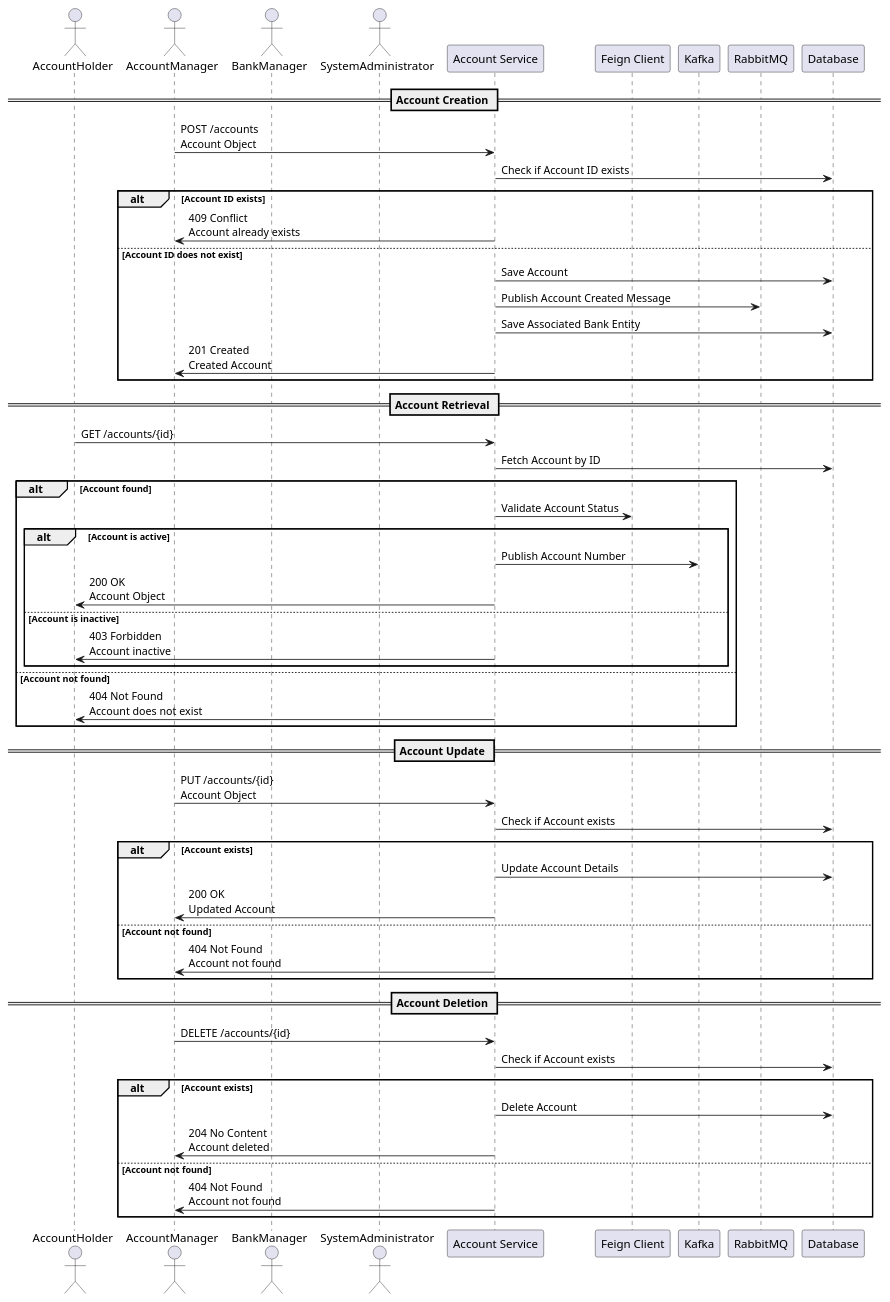
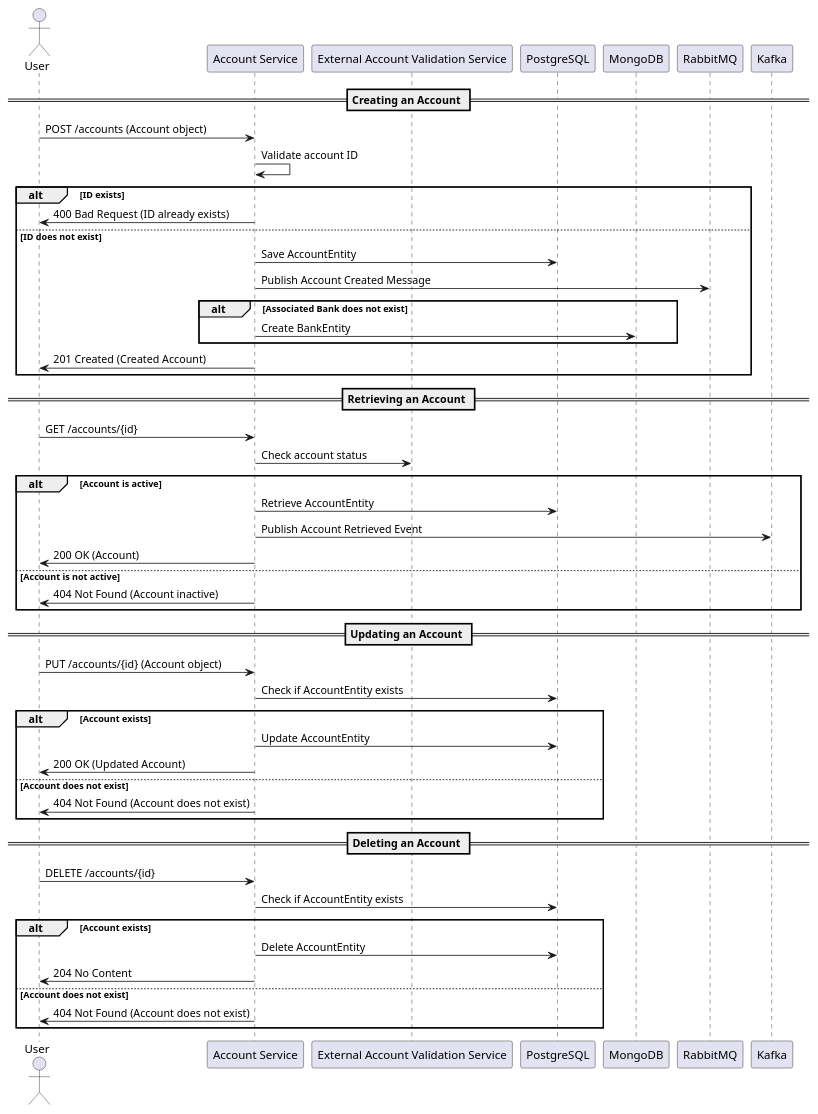
One commit to Bhaskar-Pavan/AccountService changed the diagram in design_document/AccountService.md. Above: the diagram before and after it, drawn with PlantUML. The commit also changed other lines of this file, not shown here.

````diff
--- a/design_document/AccountService.md
+++ b/design_document/AccountService.md
@@ -37,61 +46,57 @@
 ```plantuml
 @startuml
-actor AccountHolder
-actor AccountManager
-actor BankManager
-actor SystemAdministrator
+actor User
 participant "Account Service" as AccountService
-participant "Feign Client" as FeignClient
+participant "External Account Validation Service" as ValidationService
+participant "PostgreSQL" as PostgreSQL
+participant "MongoDB" as MongoDB
+participant "RabbitMQ" as RabbitMQ
 participant "Kafka" as Kafka
-participant "RabbitMQ" as RabbitMQ
-participant "Database" as Database
 
-== Account Creation ==
-AccountManager -> AccountService: POST /accounts\nAccount Object
-AccountService -> Database: Check if Account ID exists
-alt Account ID exists
-    AccountService -> AccountManager: 409 Conflict\nAccount already exists
-else Account ID does not exist
-    AccountService -> Database: Save Account
+== Creating an Account ==
+User -> AccountService: POST /accounts (Account object)
+AccountService -> AccountService: Validate account ID
+alt ID exists
+    AccountService -> User: 400 Bad Request (ID already exists)
+else ID does not exist
+    AccountService -> PostgreSQL: Save AccountEntity
     AccountService -> RabbitMQ: Publish Account Created Message
-    AccountService -> Database: Save Associated Bank Entity
-    AccountService -> AccountManager: 201 Created\nCreated Account
+    alt Associated Bank does not exist
+        AccountService -> MongoDB: Create BankEntity
+    end
+    AccountService -> User: 201 Created (Created Account)
 end
 
-== Account Retrieval ==
-AccountHolder -> AccountService: GET /accounts/{id}
-AccountService -> Database: Fetch Account by ID
-alt Account found
-    AccountService -> FeignClient: Validate Account Status
-    alt Account is active
-        AccountService -> Kafka: Publish Account Number
-        AccountService -> AccountHolder: 200 OK\nAccount Object
-    else Account is inactive
-        AccountService -> AccountHolder: 403 Forbidden\nAccount inactive
-    end
-else Account not found
-    AccountService -> AccountHolder: 404 Not Found\nAccount does not exist
+== Retrieving an Account ==
+User -> AccountService: GET /accounts/{id}
+AccountService -> ValidationService: Check account status
+alt Account is active
+    AccountService -> PostgreSQL: Retrieve AccountEntity
+    AccountService -> Kafka: Publish Account Retrieved Event
+    AccountService -> User: 200 OK (Account)
+else Account is not active
+    AccountService -> User: 404 Not Found (Account inactive)
 end
 
-== Account Update ==
-AccountManager -> AccountService: PUT /accounts/{id}\nAccount Object
-AccountService -> Database: Check if Account exists
+== Updating an Account ==
+User -> AccountService: PUT /accounts/{id} (Account object)
+AccountService -> PostgreSQL: Check if AccountEntity exists
 alt Account exists
-    AccountService -> Database: Update Account Details
-    AccountService -> AccountManager: 200 OK\nUpdated Account
-else Account not found
-    AccountService -> AccountManager: 404 Not Found\nAccount not found
+    AccountService -> PostgreSQL: Update AccountEntity
+    AccountService -> User: 200 OK (Updated Account)
+else Account does not exist
+    AccountService -> User: 404 Not Found (Account does not exist)
 end
 
-== Account Deletion ==
-AccountManager -> AccountService: DELETE /accounts/{id}
-AccountService -> Database: Check if Account exists
+== Deleting an Account ==
+User -> AccountService: DELETE /accounts/{id}
+AccountService -> PostgreSQL: Check if AccountEntity exists
 alt Account exists
-    AccountService -> Database: Delete Account
-    AccountService -> AccountManager: 204 No Content\nAccount deleted
-else Account not found
-    AccountService -> AccountManager: 404 Not Found\nAccount not found
+    AccountService -> PostgreSQL: Delete AccountEntity
+    AccountService -> User: 204 No Content
+else Account does not exist
+    AccountService -> User: 404 Not Found (Account does not exist)
 end
 
 @enduml
 ```
````
